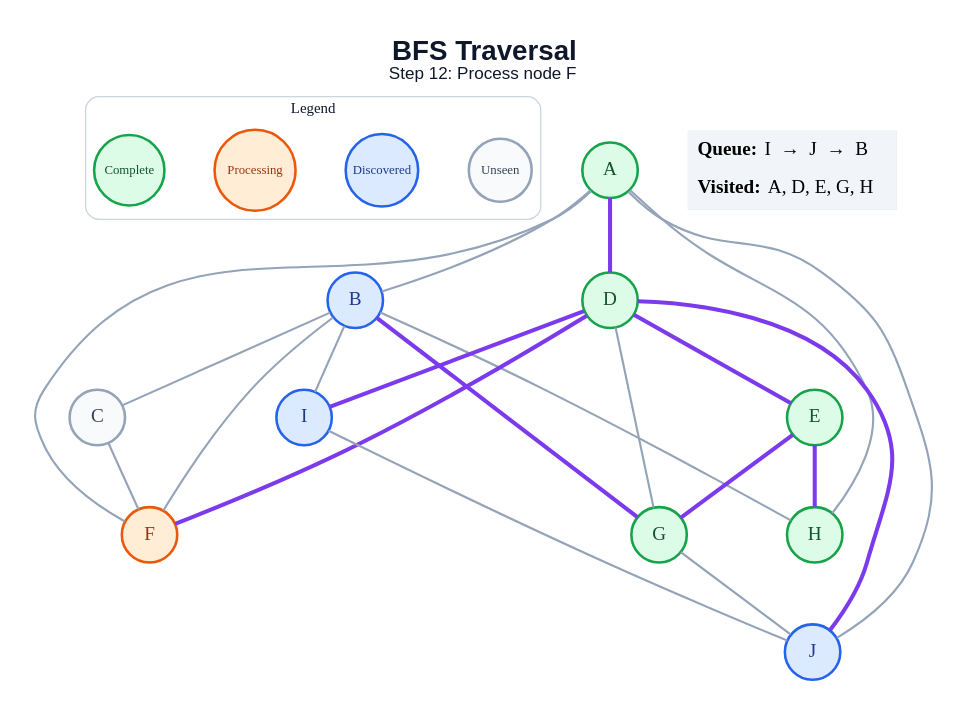
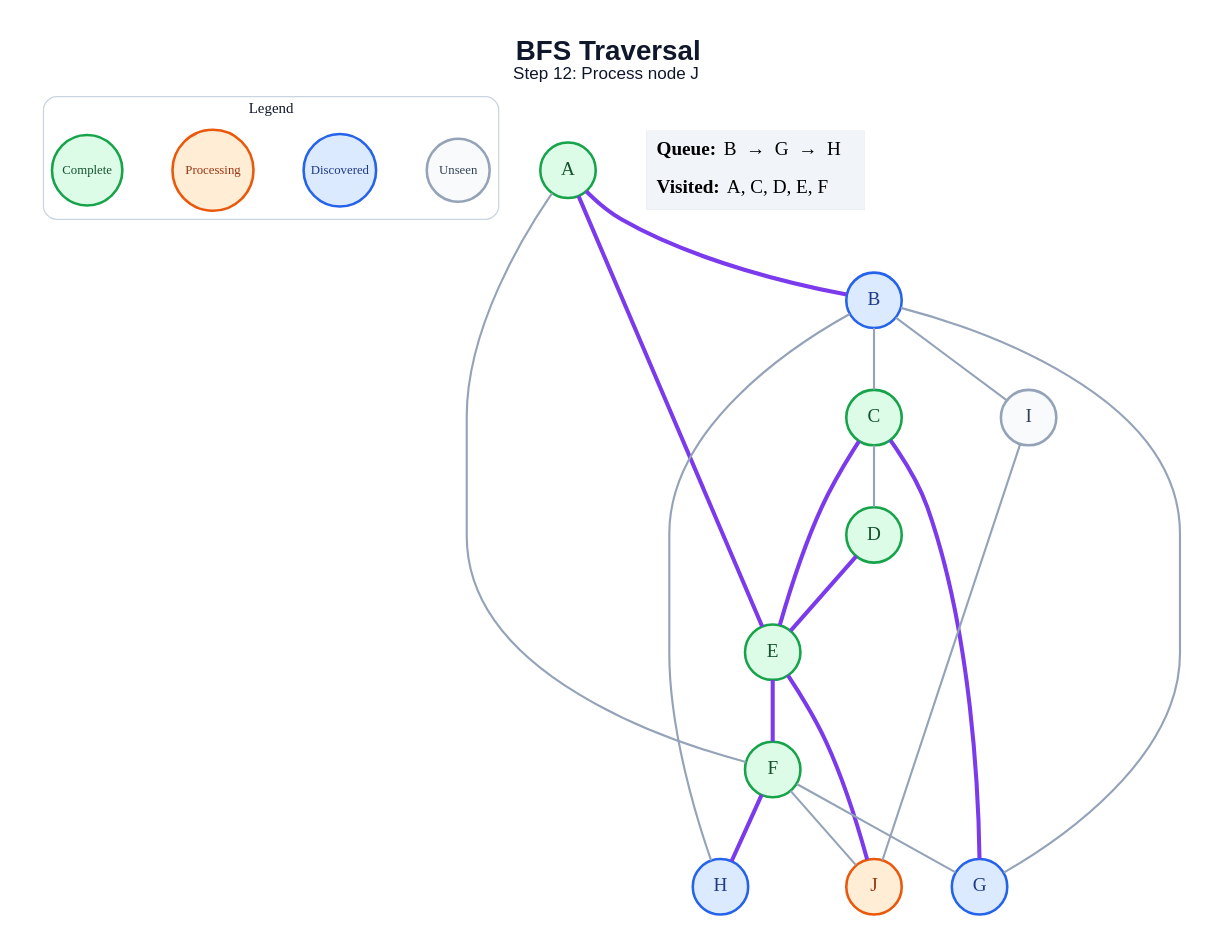
One commit to amanghodawala9/ai-slop changed the diagram in generated/specific-node/bfs/step_12.dot. Above: the diagram before and after it, drawn with Graphviz. The commit also changed 178 other files, not shown here.

```diff
--- a/generated/specific-node/bfs/step_12.dot
+++ b/generated/specific-node/bfs/step_12.dot
@@ -1,49 +1,46 @@
 graph traversal {
   graph [layout=dot, rankdir=TB, bgcolor="#FFFFFF", pad="0.35", nodesep="0.65", ranksep="0.8", fontname="Arial"];
   node [shape=circle, style="filled", fontname="Arial Bold", fontsize=18, width=0.72, fixedsize=true, penwidth=2.4];
   edge [color="#94A3B8", penwidth=2.0];
-  label=<<B>BFS Traversal</B><BR/><FONT POINT-SIZE="16">Step 12: Process node F</FONT>>; labelloc="t"; fontsize=26; fontname="Arial"; fontcolor="#0F172A";
+  label=<<B>BFS Traversal</B><BR/><FONT POINT-SIZE="16">Step 12: Process node J</FONT>>; labelloc="t"; fontsize=26; fontname="Arial"; fontcolor="#0F172A";
   subgraph cluster_legend { label="Legend"; color="#CBD5E1"; penwidth=1.2; style="rounded"; fontsize=14; fontname="Arial Bold";
     key_unseen [label="Unseen", fillcolor="#F8FAFC", color="#94A3B8", fontcolor="#334155", fontsize=12, width=0.82];
     key_frontier [label="Discovered", fillcolor="#DBEAFE", color="#2563EB", fontcolor="#1E3A8A", fontsize=12, width=0.95];
     key_current [label="Processing", fillcolor="#FFEDD5", color="#EA580C", fontcolor="#9A3412", fontsize=12, width=1.05];
     key_done [label="Complete", fillcolor="#DCFCE7", color="#16A34A", fontcolor="#14532D", fontsize=12, width=0.92];
     { rank=same; key_unseen; key_frontier; key_current; key_done; }
   }
   A [fillcolor="#DCFCE7", color="#16A34A", fontcolor="#14532D"];
   B [fillcolor="#DBEAFE", color="#2563EB", fontcolor="#1E3A8A"];
-  C [fillcolor="#F8FAFC", color="#94A3B8", fontcolor="#334155"];
+  C [fillcolor="#DCFCE7", color="#16A34A", fontcolor="#14532D"];
   D [fillcolor="#DCFCE7", color="#16A34A", fontcolor="#14532D"];
   E [fillcolor="#DCFCE7", color="#16A34A", fontcolor="#14532D"];
-  F [fillcolor="#FFEDD5", color="#EA580C", fontcolor="#9A3412"];
-  G [fillcolor="#DCFCE7", color="#16A34A", fontcolor="#14532D"];
-  H [fillcolor="#DCFCE7", color="#16A34A", fontcolor="#14532D"];
-  I [fillcolor="#DBEAFE", color="#2563EB", fontcolor="#1E3A8A"];
-  J [fillcolor="#DBEAFE", color="#2563EB", fontcolor="#1E3A8A"];
-  A -- B;
-  A -- D [color="#7C3AED", penwidth=3.8];
+  F [fillcolor="#DCFCE7", color="#16A34A", fontcolor="#14532D"];
+  G [fillcolor="#DBEAFE", color="#2563EB", fontcolor="#1E3A8A"];
+  H [fillcolor="#DBEAFE", color="#2563EB", fontcolor="#1E3A8A"];
+  I [fillcolor="#F8FAFC", color="#94A3B8", fontcolor="#334155"];
+  J [fillcolor="#FFEDD5", color="#EA580C", fontcolor="#9A3412"];
+  A -- B [color="#7C3AED", penwidth=3.8];
+  A -- E [color="#7C3AED", penwidth=3.8];
   A -- F;
-  A -- H;
-  A -- J;
   B -- C;
-  B -- F;
-  B -- G [color="#7C3AED", penwidth=3.8];
+  B -- G;
   B -- H;
   B -- I;
-  C -- F;
+  C -- D;
+  C -- E [color="#7C3AED", penwidth=3.8];
+  C -- G [color="#7C3AED", penwidth=3.8];
   D -- E [color="#7C3AED", penwidth=3.8];
-  D -- F [color="#7C3AED", penwidth=3.8];
-  D -- G;
-  D -- I [color="#7C3AED", penwidth=3.8];
-  D -- J [color="#7C3AED", penwidth=3.8];
-  E -- G [color="#7C3AED", penwidth=3.8];
-  E -- H [color="#7C3AED", penwidth=3.8];
-  G -- J;
+  E -- F [color="#7C3AED", penwidth=3.8];
+  E -- J [color="#7C3AED", penwidth=3.8];
+  F -- G;
+  F -- H [color="#7C3AED", penwidth=3.8];
+  F -- J;
   I -- J;
   status [shape=plain, fixedsize=false, width=0, height=0, margin=0, label=<
     <TABLE BORDER="0" CELLBORDER="0" CELLPADDING="7" BGCOLOR="#F1F5F9">
-      <TR><TD ALIGN="LEFT"><B>Queue:</B> I  →  J  →  B</TD></TR>
-      <TR><TD ALIGN="LEFT"><B>Visited:</B> A, D, E, G, H</TD></TR>
+      <TR><TD ALIGN="LEFT"><B>Queue:</B> B  →  G  →  H</TD></TR>
+      <TR><TD ALIGN="LEFT"><B>Visited:</B> A, C, D, E, F</TD></TR>
     </TABLE>
   >];
 }
```
